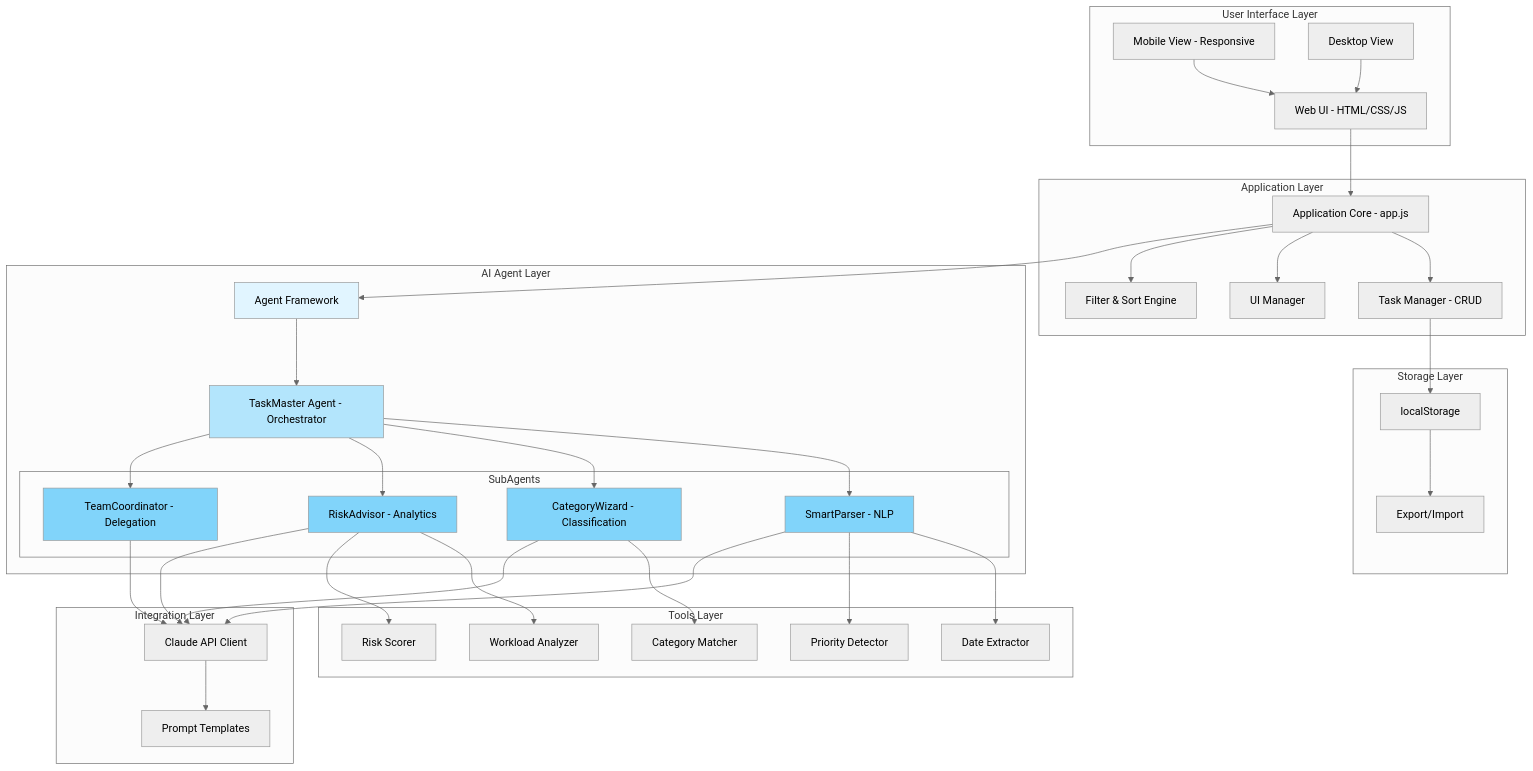
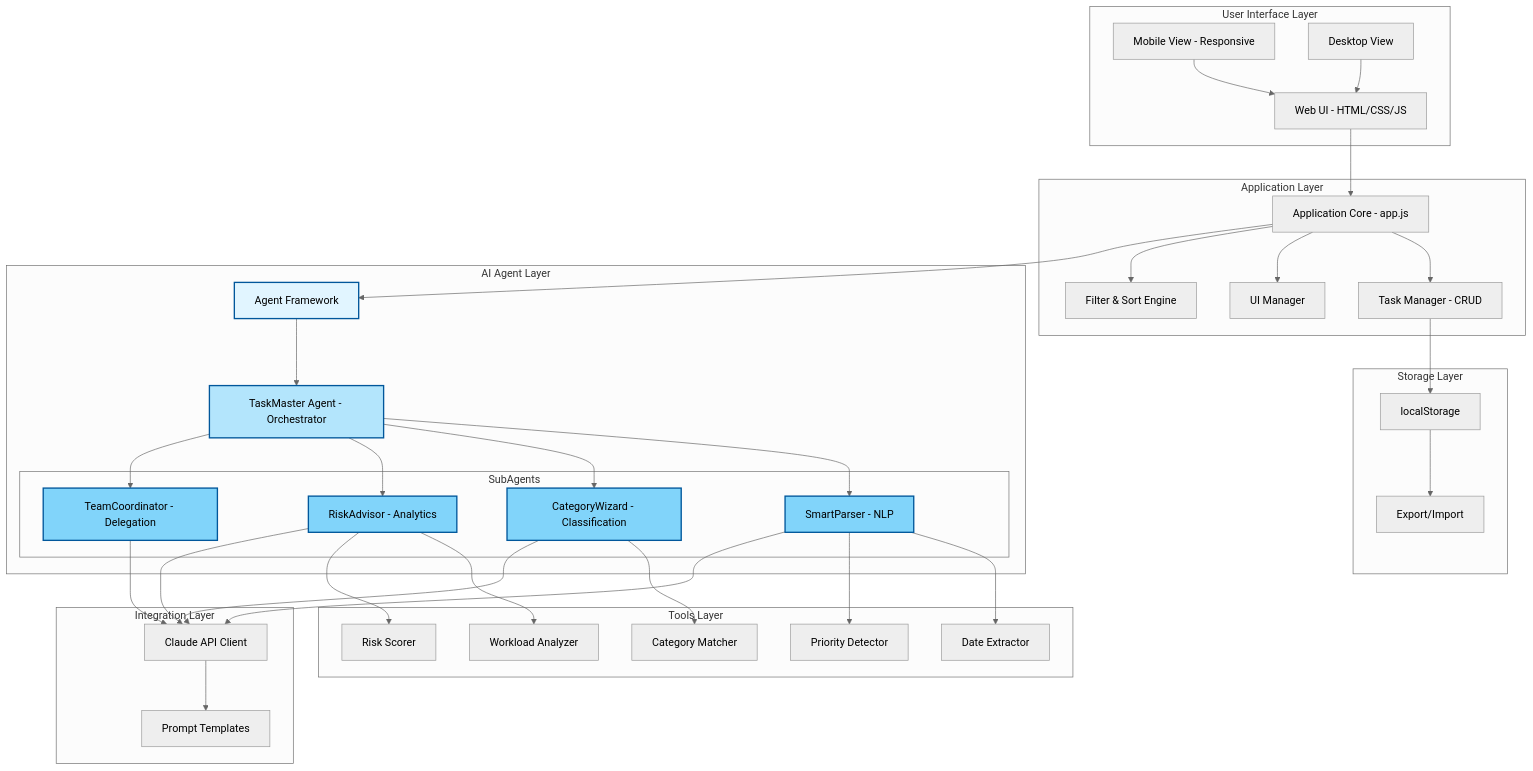
One commit to HemanK/ai-demos changed the first of 13 diagrams in claude-code/family-todo-app/docs/ARCHITECTURE.md. Above: the diagram before and after it, drawn with Mermaid (neutral theme). The commit also changed other lines of this file, not shown here.

First line of the commit message:
Checkpoint 2: Fix ARCHITECTURE.md accessibility and clarifications

````diff
--- a/claude-code/family-todo-app/docs/ARCHITECTURE.md
+++ b/claude-code/family-todo-app/docs/ARCHITECTURE.md
@@ -102,10 +102,10 @@
     TM --> LS
     LS --> Export
 
-    style AF fill:#e1f5ff
-    style TMA fill:#b3e5fc
-    style SP fill:#81d4fa
-    style CW fill:#81d4fa
-    style RA fill:#81d4fa
-    style TC fill:#81d4fa
+    style AF fill:#e1f5ff,stroke:#01579b,stroke-width:2px,color:#000
+    style TMA fill:#b3e5fc,stroke:#01579b,stroke-width:2px,color:#000
+    style SP fill:#81d4fa,stroke:#01579b,stroke-width:2px,color:#000
+    style CW fill:#81d4fa,stroke:#01579b,stroke-width:2px,color:#000
+    style RA fill:#81d4fa,stroke:#01579b,stroke-width:2px,color:#000
+    style TC fill:#81d4fa,stroke:#01579b,stroke-width:2px,color:#000
 ```
````
